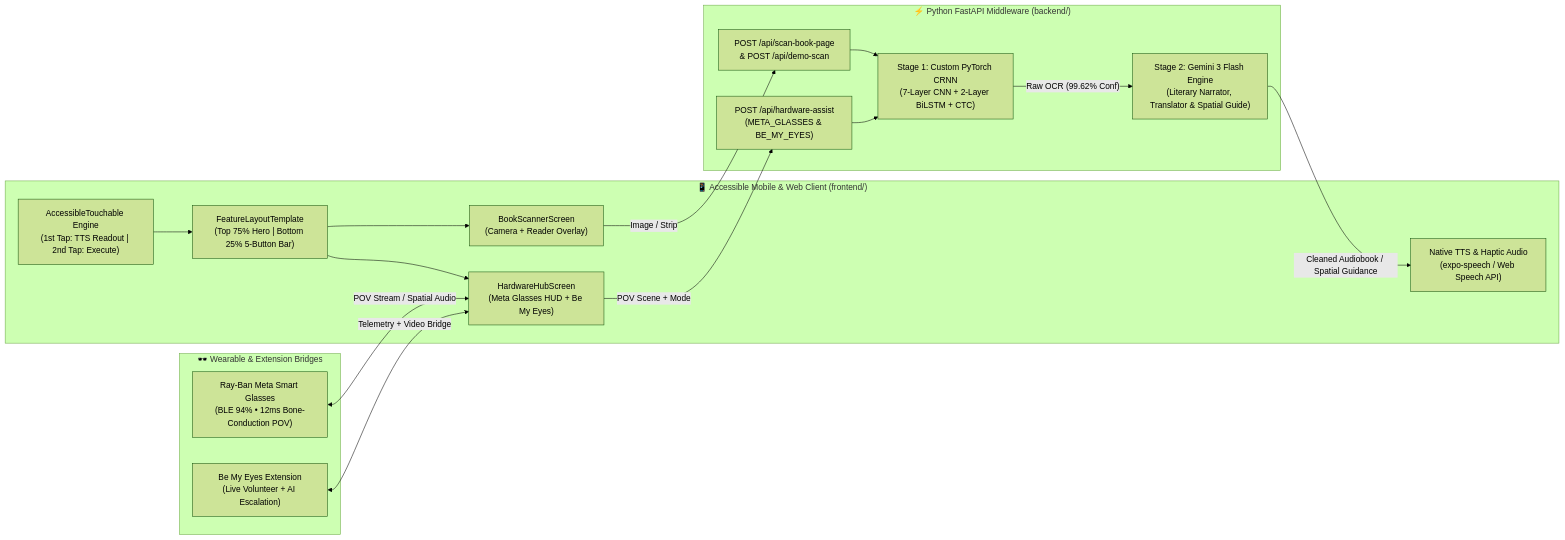
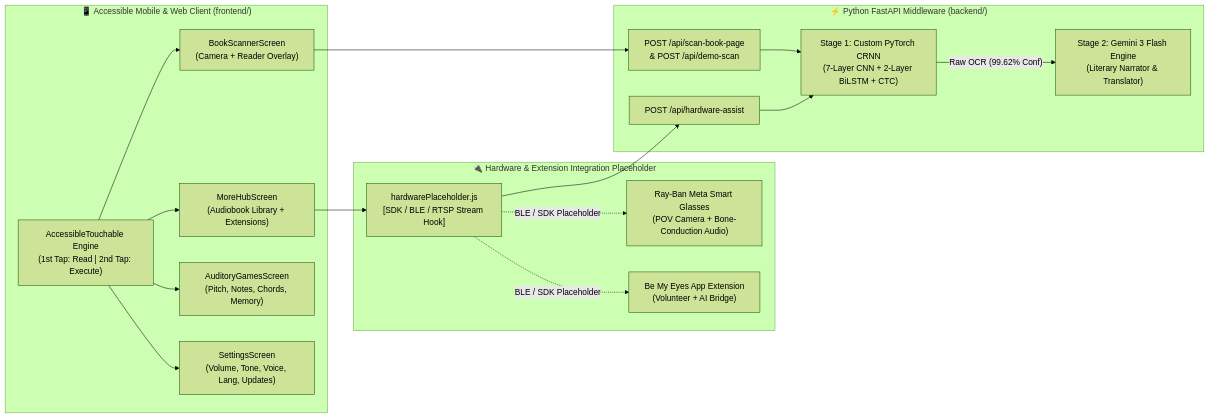
One commit to Hariths-bliAst/Blinde-ER changed the diagram in docs/pitch_drafts/02_system_architecture.md. Above: the diagram before and after it, drawn with Mermaid (forest theme). The commit also changed other lines of this file and 17 other files, not shown here.

Commit message:
chore(clean): remove obsolete UI files and add modular Hardware Integration Placeholder

````diff
--- a/docs/pitch_drafts/02_system_architecture.md
+++ b/docs/pitch_drafts/02_system_architecture.md
@@ -37,32 +32,31 @@
 ```mermaid
 flowchart LR
     subgraph Client["📱 Accessible Mobile & Web Client (frontend/)"]
-        AT["AccessibleTouchable Engine\n(1st Tap: TTS Readout | 2nd Tap: Execute)"]
-        FLT["FeatureLayoutTemplate\n(Top 75% Hero | Bottom 25% 5-Button Bar)"]
+        AT["AccessibleTouchable Engine\n(1st Tap: Read | 2nd Tap: Execute)"]
         BS["BookScannerScreen\n(Camera + Reader Overlay)"]
-        HH["HardwareHubScreen\n(Meta Glasses HUD + Be My Eyes)"]
-        TTS["Native TTS & Haptic Audio\n(expo-speech / Web Speech API)"]
+        MH["MoreHubScreen\n(Audiobook Library + Extensions)"]
+        AG["AuditoryGamesScreen\n(Pitch, Notes, Chords, Memory)"]
+        ST["SettingsScreen\n(Volume, Tone, Voice, Lang, Updates)"]
     end
 
-    subgraph Wearables["🕶️ Wearable & Extension Bridges"]
-        META["Ray-Ban Meta Smart Glasses\n(BLE 94% • 12ms Bone-Conduction POV)"]
-        BME["Be My Eyes Extension\n(Live Volunteer + AI Escalation)"]
+    subgraph HW["🔌 Hardware & Extension Integration Placeholder"]
+        HWP["hardwarePlaceholder.js\n[SDK / BLE / RTSP Stream Hook]"]
+        META["Ray-Ban Meta Smart Glasses\n(POV Camera + Bone-Conduction Audio)"]
+        BME["Be My Eyes App Extension\n(Volunteer + AI Bridge)"]
     end
 
     subgraph Backend["⚡ Python FastAPI Middleware (backend/)"]
         R1["POST /api/scan-book-page\n& POST /api/demo-scan"]
-        R2["POST /api/hardware-assist\n(META_GLASSES & BE_MY_EYES)"]
+        R2["POST /api/hardware-assist"]
         S1["Stage 1: Custom PyTorch CRNN\n(7-Layer CNN + 2-Layer BiLSTM + CTC)"]
-        S2["Stage 2: Gemini 3 Flash Engine\n(Literary Narrator, Translator & Spatial Guide)"]
+        S2["Stage 2: Gemini 3 Flash Engine\n(Literary Narrator & Translator)"]
     end
 
-    AT --> FLT
-    FLT --> BS & HH
-    META <-->|"POV Stream / Spatial Audio"| HH
-    BME <-->|"Telemetry + Video Bridge"| HH
-    BS -->|"Image / Strip"| R1
-    HH -->|"POV Scene + Mode"| R2
+    AT --> BS & MH & AG & ST
+    MH --> HWP
+    HWP -.->|"BLE / SDK Placeholder"| META & BME
+    BS --> R1
+    HWP --> R2
     R1 & R2 --> S1
     S1 -->|"Raw OCR (99.62% Conf)"| S2
-    S2 -->|"Cleaned Audiobook / Spatial Guidance"| TTS
 ```
````
